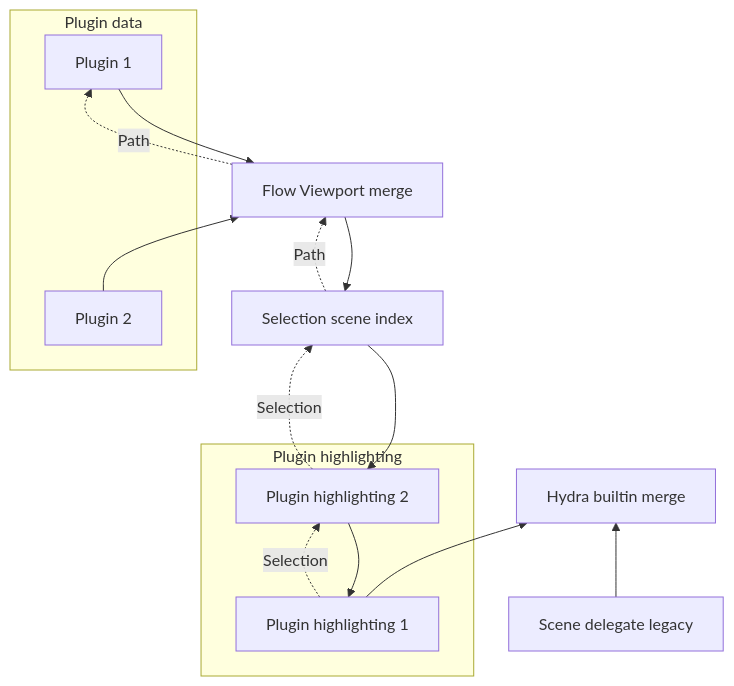
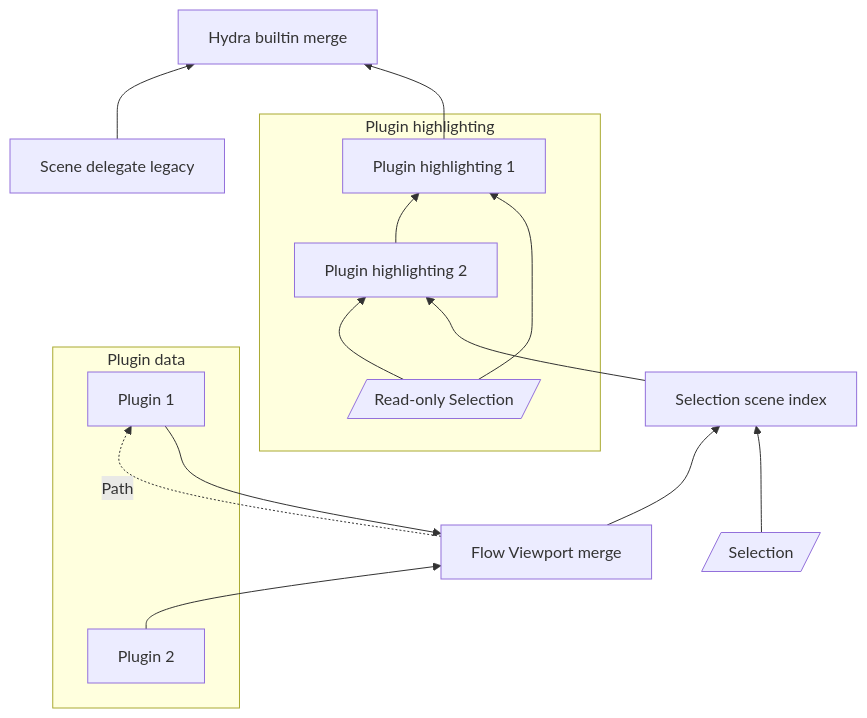
The first of 2 diagrams in doc/selectionHighlightingArchitecture.md (Autodesk/maya-hydra), drawn with Mermaid before and after one commit. The commit also changed other lines of this file, not shown here.

Commit message:
Updated selection highlighting documentation.

````diff
--- a/doc/selectionHighlightingArchitecture.md
+++ b/doc/selectionHighlightingArchitecture.md
@@ -234,20 +234,20 @@
 ```mermaid
 graph BT;
     lgcy[Scene delegate legacy]-->hm[Hydra builtin merge];
     ph1[Plugin highlighting 1]-->hm;
     subgraph ph[Plugin highlighting]
         ph2[Plugin highlighting 2]-->ph1;
-        ph1-. Selection .->ph2;
+        roSn[/Read-only Selection/]-->ph1;
+        roSn-->ph2;
     end
     sn[Selection scene index]-->ph2;
-    ph2-. Selection .->sn;
     fvpm[Flow Viewport merge]-->sn;
     subgraph pd[Plugin data]
         p1[Plugin 1];
         p2[Plugin 2];
     end
     fvpm-. Path .->p1;
     p1-->fvpm;
     p2-->fvpm;
-    sn-. Path .->fvpm;
+    sn1[/Selection/]-->sn;
 ```
````
